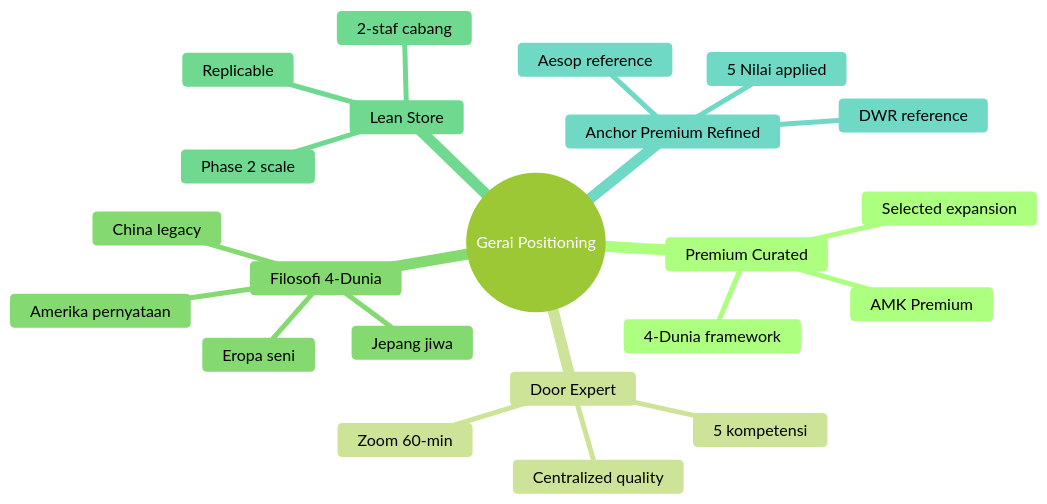
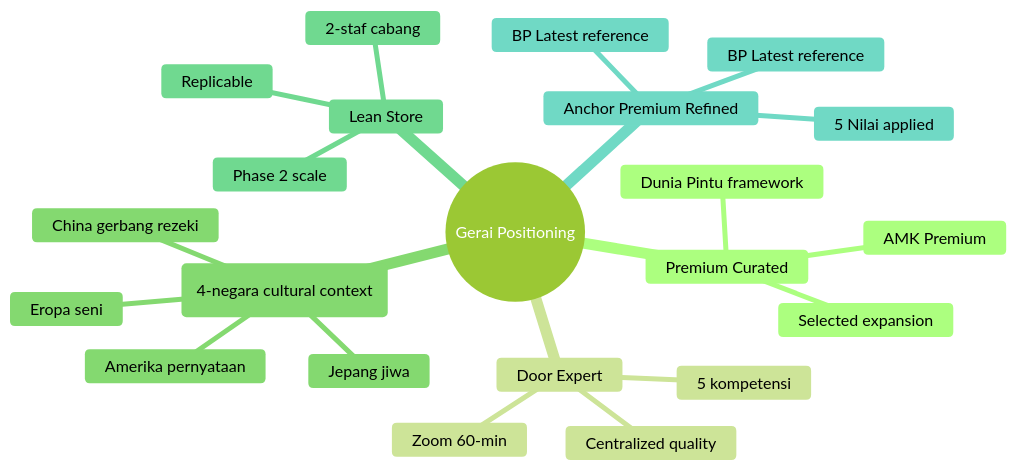
One commit to MahewAi/Mahew changed the second of 2 diagrams in librechat-deploy/skills/cco/brand-positioning.md. Above: the diagram before and after it, drawn with Mermaid (forest theme). The commit also changed other lines of this file and 80 other files, not shown here.

````diff
--- a/librechat-deploy/skills/cco/brand-positioning.md
+++ b/librechat-deploy/skills/cco/brand-positioning.md
@@ -271,25 +271,25 @@
 ```mermaid
 mindmap
   root((Gerai Positioning))
     Premium Curated
-      4-Dunia framework
+      Dunia Pintu framework
       AMK Premium
       Selected expansion
     Door Expert
       5 kompetensi
       Zoom 60-min
       Centralized quality
-    Filosofi 4-Dunia
+    Filosofi Dunia Pintu (4-negara cultural context)
       Jepang jiwa
       Eropa seni
       Amerika pernyataan
-      China legacy
+      China gerbang rezeki
     Lean Store
       2-staf cabang
       Replicable
       Phase 2 scale
     Anchor Premium Refined
-      Aesop reference
-      DWR reference
+      BP Latest reference
+      BP Latest reference
       5 Nilai applied
 ```
````
